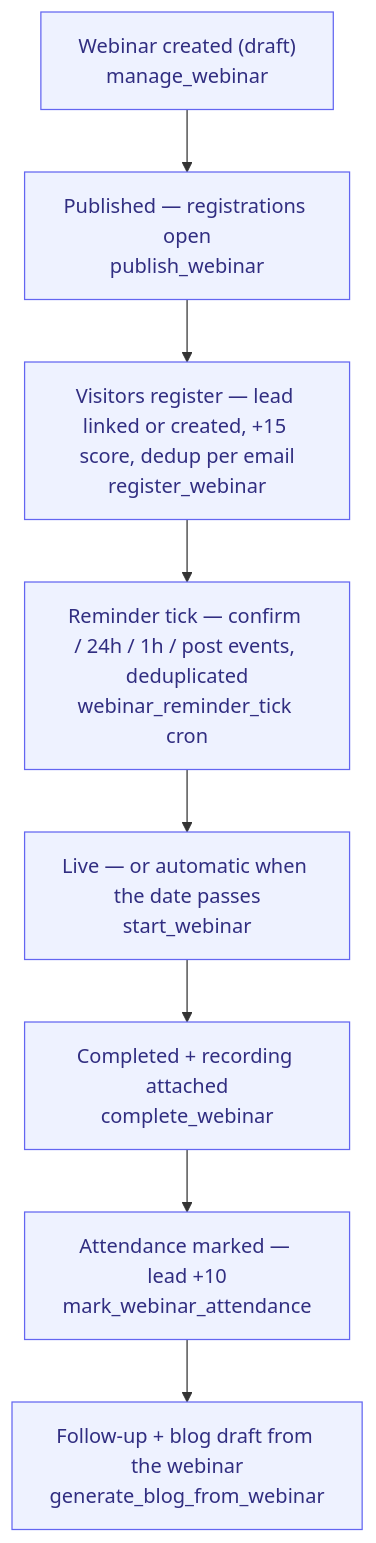
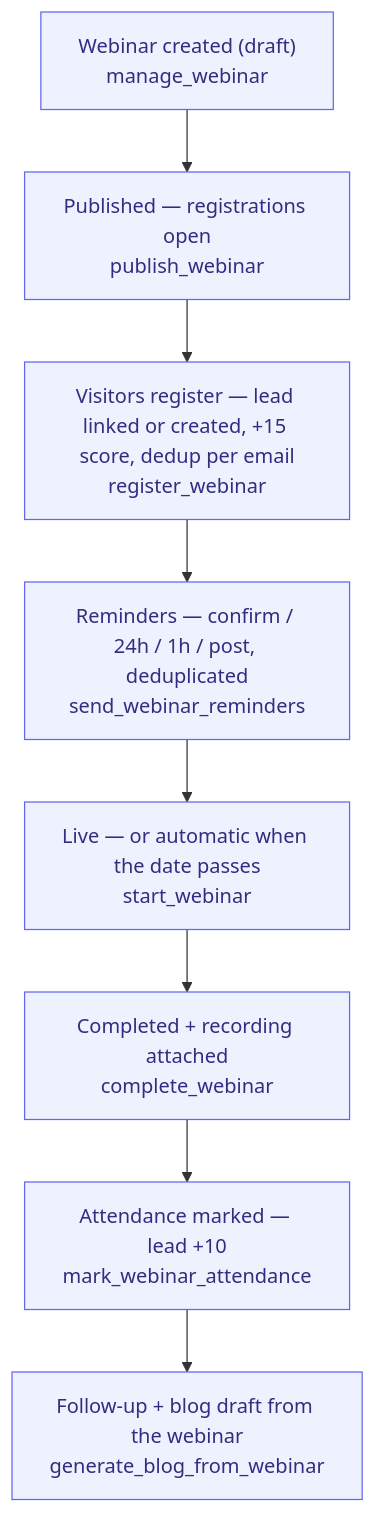
Before and after one commit to magnusfroste/flowwink: the diagram in docs/processes/register-to-attend.md, drawn with Mermaid. The commit also changed other lines of this file and 12 other files, not shown here.

````diff
--- a/docs/processes/register-to-attend.md
+++ b/docs/processes/register-to-attend.md
@@ -27,14 +27,14 @@
 ```mermaid
 flowchart TD
     A["Webinar created (draft)<br/>manage_webinar"]
     A --> B["Published — registrations open<br/>publish_webinar"]
     B --> C["Visitors register — lead linked or created, +15 score, dedup per email<br/>register_webinar"]
-    C --> D["Reminder tick — confirm / 24h / 1h / post events, deduplicated<br/>webinar_reminder_tick cron"]
+    C --> D["Reminders — confirm / 24h / 1h / post, deduplicated<br/>send_webinar_reminders"]
     D --> E["Live — or automatic when the date passes<br/>start_webinar"]
     E --> F["Completed + recording attached<br/>complete_webinar"]
     F --> G["Attendance marked — lead +10<br/>mark_webinar_attendance"]
     G --> H["Follow-up + blog draft from the webinar<br/>generate_blog_from_webinar"]
 
     classDef agent fill:#eef2ff,stroke:#6366f1,color:#312e81;
     class A,B,C,D,E,F,G,H agent
 ```
````
